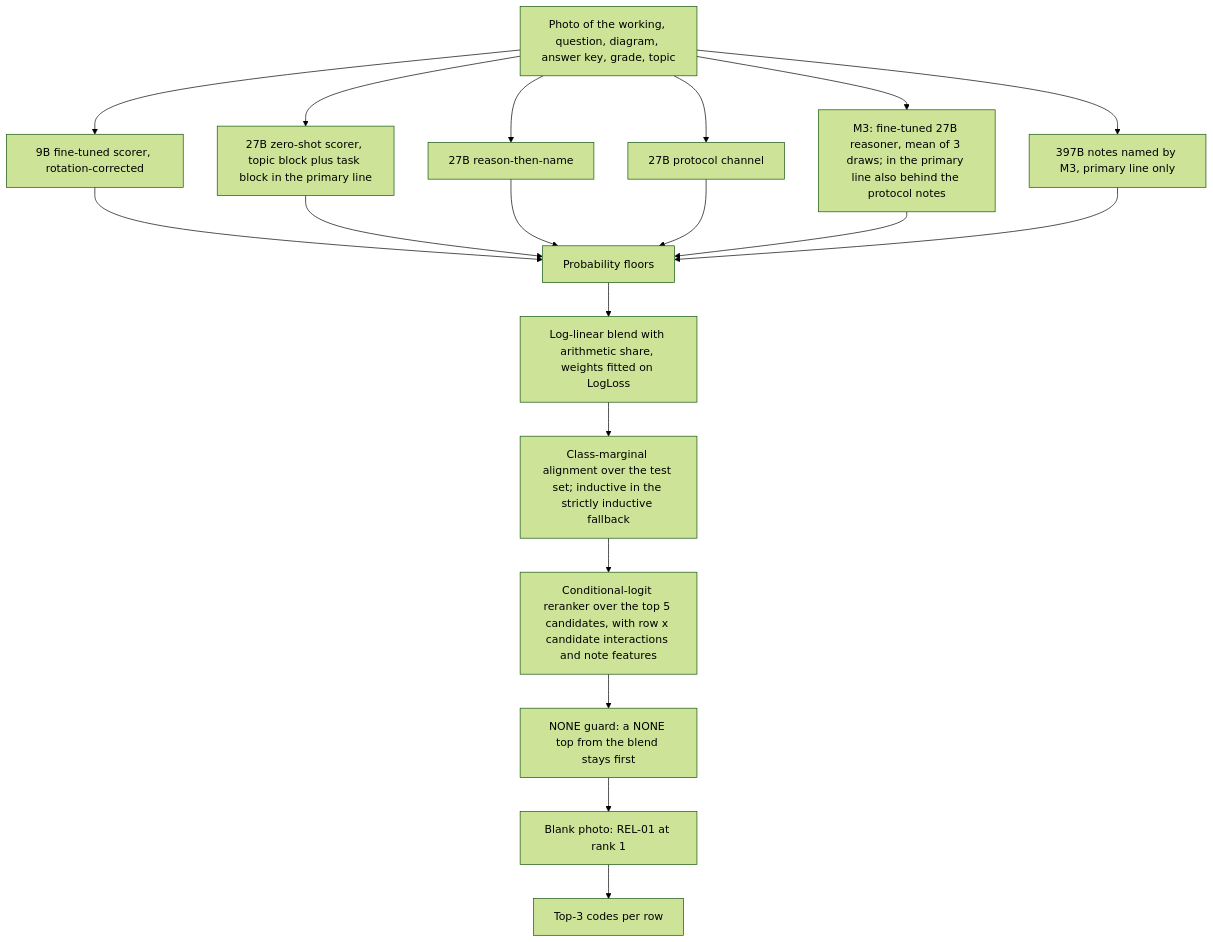
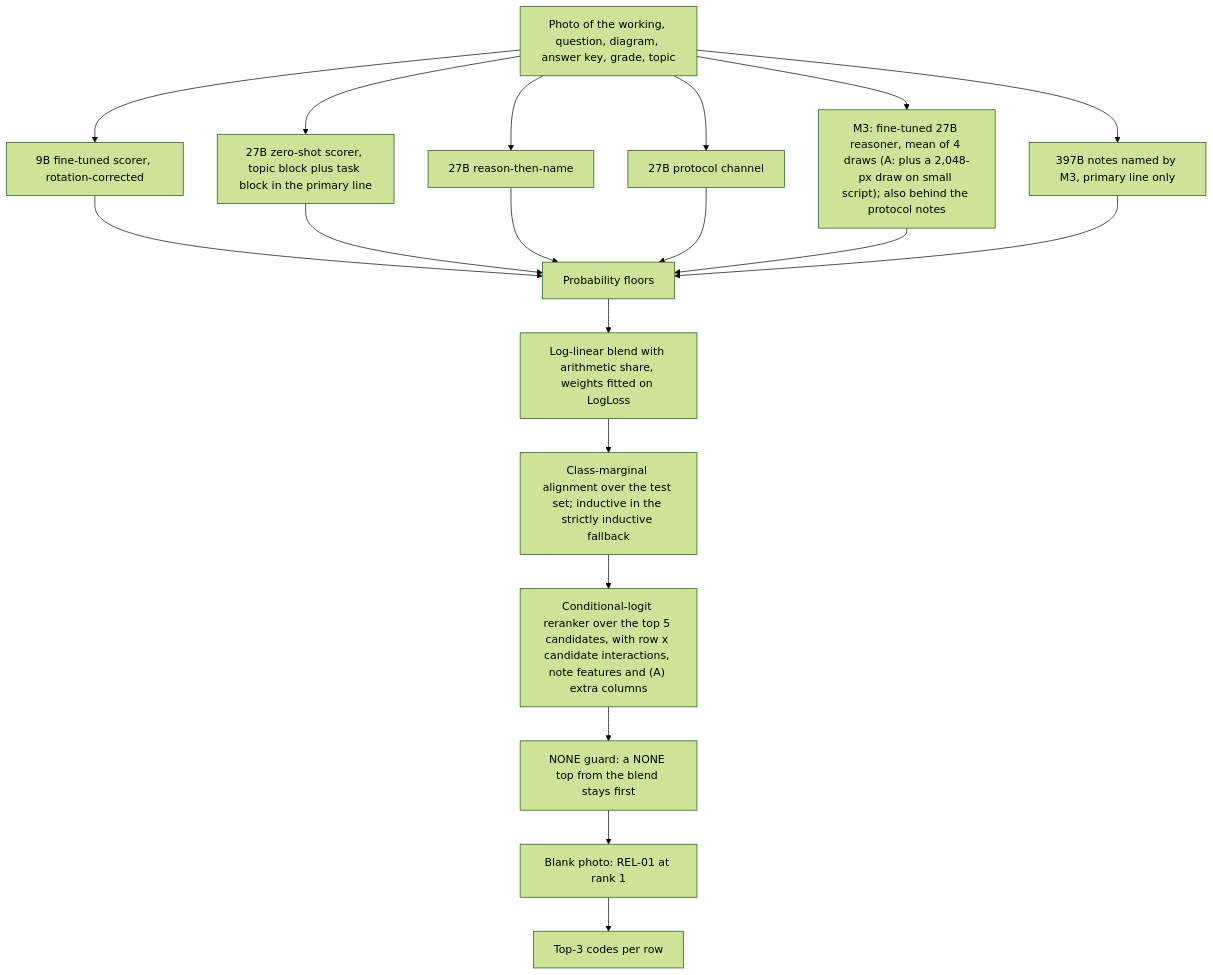
The diagram in README.md (nanare-sudo/k12-misconception-solution), drawn with Mermaid (forest theme) before and after one commit. The commit also changed other lines of this file and 37 other files, not shown here.

````diff
--- a/README.md
+++ b/README.md
@@ -46,35 +64,35 @@
 ```mermaid
 flowchart TD
     IN["Photo of the working, question, diagram, answer key, grade, topic"]
     C1["9B fine-tuned scorer, rotation-corrected"]
     C2["27B zero-shot scorer, topic block plus task block in the primary line"]
     C3["27B reason-then-name"]
     C4["27B protocol channel"]
-    C5["M3: fine-tuned 27B reasoner, mean of 3 draws; in the primary line also behind the protocol notes"]
+    C5["M3: fine-tuned 27B reasoner, mean of 4 draws (A: plus a 2,048-px draw on small script); also behind the protocol notes"]
     C6["397B notes named by M3, primary line only"]
     FL["Probability floors"]
     BL["Log-linear blend with arithmetic share, weights fitted on LogLoss"]
     AL["Class-marginal alignment over the test set; inductive in the strictly inductive fallback"]
-    RR["Conditional-logit reranker over the top 5 candidates, with row x candidate interactions and note features"]
+    RR["Conditional-logit reranker over the top 5 candidates, with row x candidate interactions, note features and (A) extra columns"]
     NG["NONE guard: a NONE top from the blend stays first"]
     BK["Blank photo: REL-01 at rank 1"]
     OUT["Top-3 codes per row"]
     IN --> C1
     IN --> C2
     IN --> C3
     IN --> C4
     IN --> C5
     IN --> C6
     C1 --> FL
     C2 --> FL
     C3 --> FL
     C4 --> FL
     C5 --> FL
     C6 --> FL
     FL --> BL
     BL --> AL
     AL --> RR
     RR --> NG
     NG --> BK
     BK --> OUT
 ```
````
